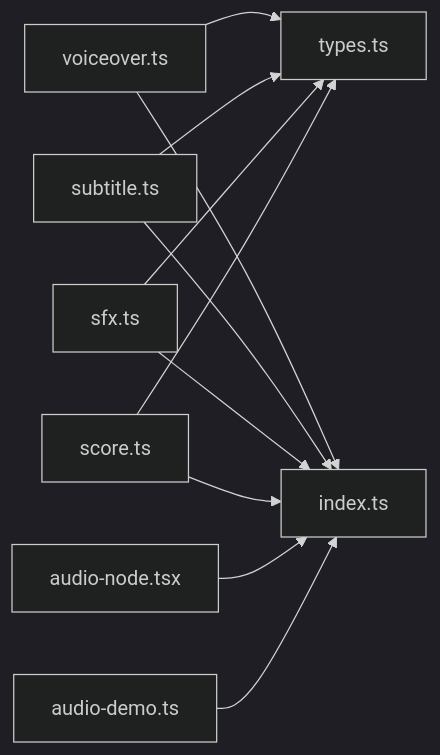
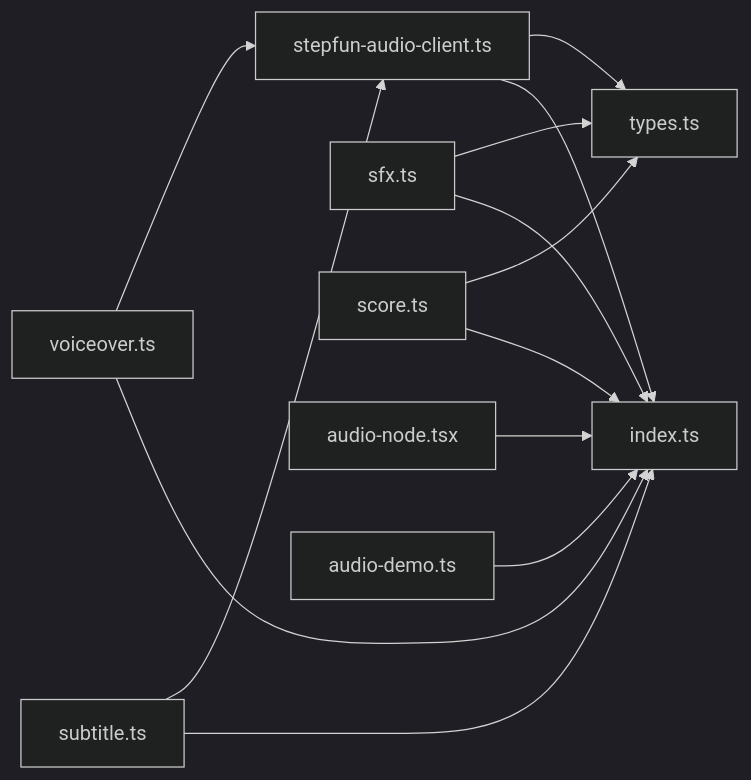
Before and after one commit to AIMFllyYS/code-video-canvas: the ninth of 9 diagrams in .qoder/repowiki/zh/content/核心功能模块/音频处理/音频处理.md, drawn with Mermaid (dark theme). The commit also changed other lines of this file and 47 other files, not shown here.

````diff
--- a/.qoder/repowiki/zh/content/核心功能模块/音频处理/音频处理.md
+++ b/.qoder/repowiki/zh/content/核心功能模块/音频处理/音频处理.md
@@ -296,13 +407,15 @@
 ```mermaid
 graph LR
-VO["voiceover.ts"] --> T["types.ts"]
-ST["subtitle.ts"] --> T
-SFX["sfx.ts"] --> T
+VO["voiceover.ts"] --> SF["stepfun-audio-client.ts"]
+ST["subtitle.ts"] --> SF
+SFX["sfx.ts"] --> T["types.ts"]
 SC["score.ts"] --> T
+SF --> T
 VO --> IDX["index.ts"]
 ST --> IDX
 SFX --> IDX
 SC --> IDX
+SF --> IDX
 UI["audio-node.tsx"] --> IDX
 DEMO["audio-demo.ts"] --> IDX
 ```
````
